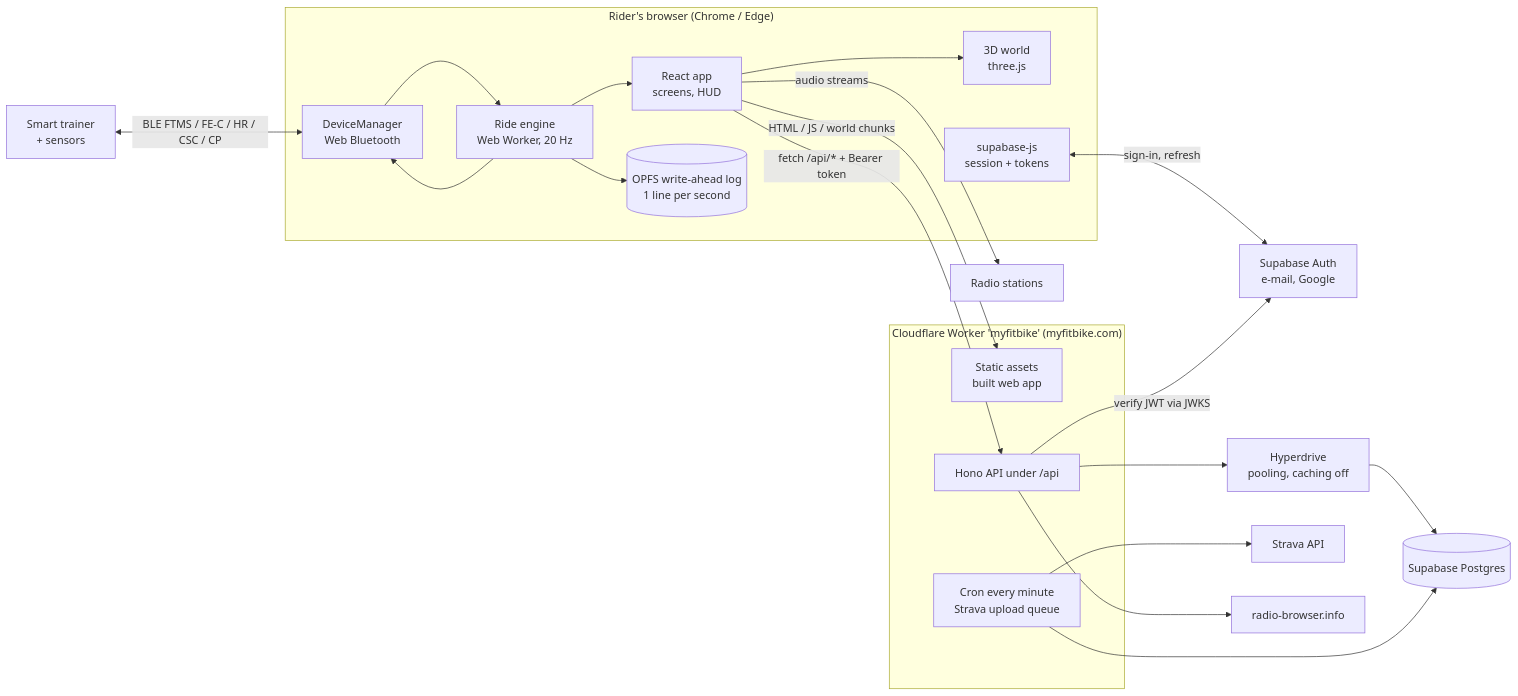
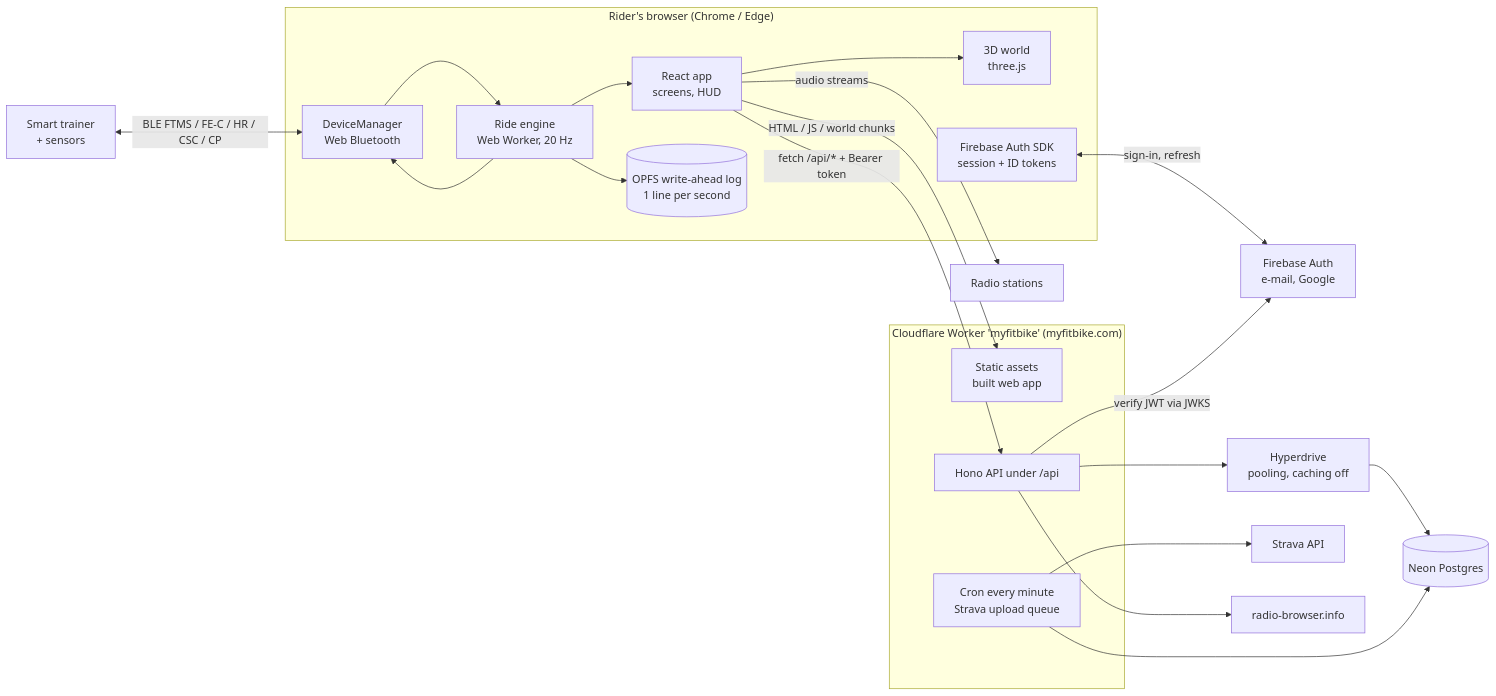
Before and after one commit to myfitbike/myfitbike: the first of 4 diagrams in README.md, drawn with Mermaid. The commit also changed other lines of this file and 20 other files, not shown here.

First line of the commit message:
Accounts: sign-in moves to Firebase Auth, production database to Neon

````diff
--- a/README.md
+++ b/README.md
@@ -147,30 +147,30 @@
 ```mermaid
 flowchart LR
   subgraph Browser["Rider's browser (Chrome / Edge)"]
     UI["React app<br/>screens, HUD"]
     DM["DeviceManager<br/>Web Bluetooth"]
     ENG["Ride engine<br/>Web Worker, 20 Hz"]
     W3D["3D world<br/>three.js"]
     WAL[("OPFS write-ahead log<br/>1 line per second")]
-    SB["supabase-js<br/>session + tokens"]
+    SB["Firebase Auth SDK<br/>session + ID tokens"]
   end
   TR["Smart trainer<br/>+ sensors"] <-->|BLE FTMS / FE-C / HR / CSC / CP| DM
   DM --> ENG --> DM
   ENG --> UI
   UI --> W3D
   ENG --> WAL
   subgraph CF["Cloudflare Worker 'myfitbike' (myfitbike.com)"]
     ASSETS["Static assets<br/>built web app"]
     API["Hono API under /api"]
     CRON["Cron every minute<br/>Strava upload queue"]
   end
   UI -->|HTML / JS / world chunks| ASSETS
   UI -->|"fetch /api/* + Bearer token"| API
-  SB <-->|sign-in, refresh| AUTH["Supabase Auth<br/>e-mail, Google"]
+  SB <-->|sign-in, refresh| AUTH["Firebase Auth<br/>e-mail, Google"]
   API -->|verify JWT via JWKS| AUTH
-  API --> HD["Hyperdrive<br/>pooling, caching off"] --> PG[("Supabase Postgres")]
+  API --> HD["Hyperdrive<br/>pooling, caching off"] --> PG[("Neon Postgres")]
   CRON --> PG
   CRON --> STRAVA["Strava API"]
   API --> RB["radio-browser.info"]
   UI -->|audio streams| STATIONS["Radio stations"]
 ```
````
